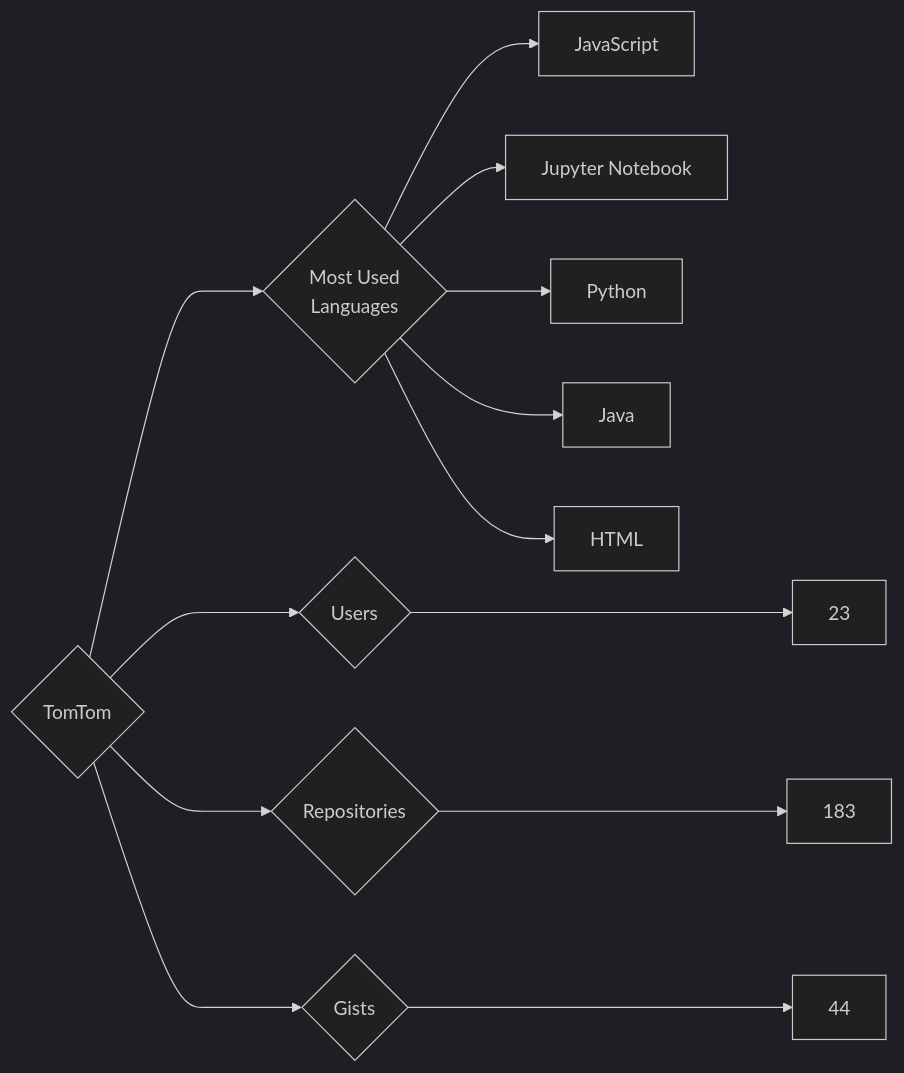
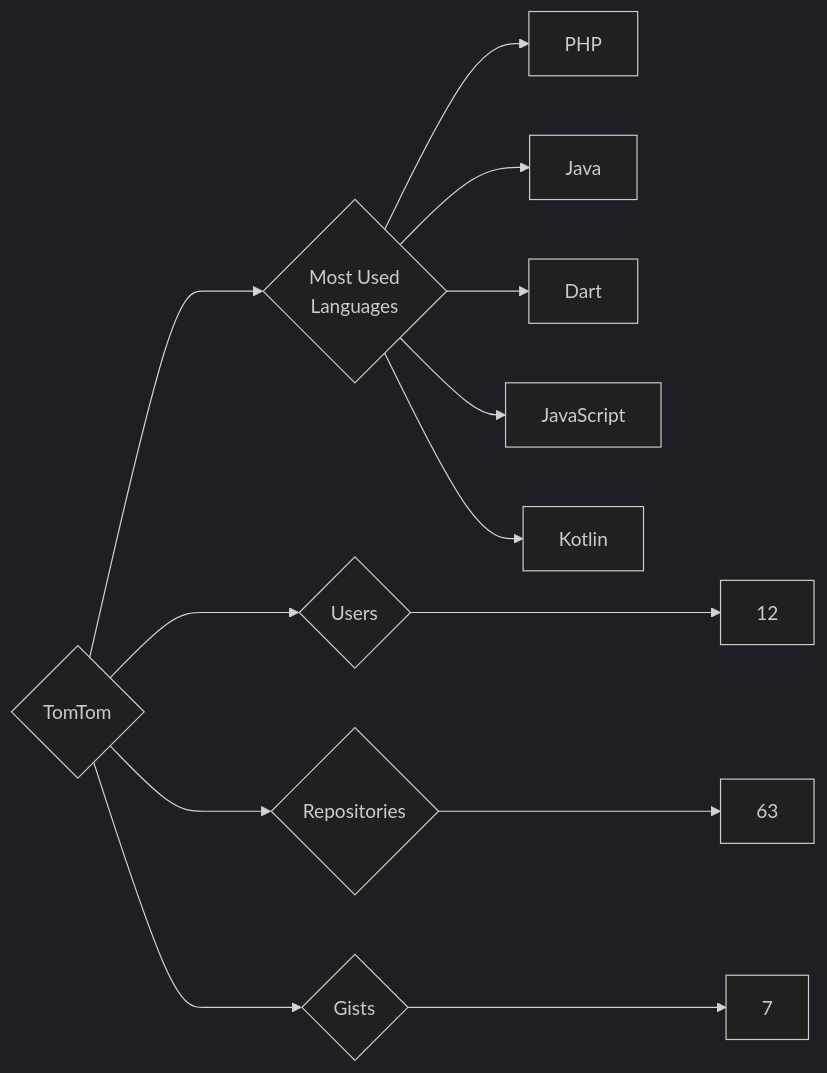
Before and after one commit to trickest/insiders: the diagram in targets/TomTom/README.md, drawn with Mermaid (dark theme). The commit also changed 953 other files, not shown here.

````diff
--- a/targets/TomTom/README.md
+++ b/targets/TomTom/README.md
@@ -3,13 +3,13 @@
 ```mermaid
 graph LR
 COMPANY_NAME{TomTom}
-COMPANY_NAME ---> U{Users} ---> UN[23]
-COMPANY_NAME ---> R{Repositories} ---> RN[183]
-COMPANY_NAME ---> G{Gists} ---> GN[44]
+COMPANY_NAME ---> U{Users} ---> UN[12]
+COMPANY_NAME ---> R{Repositories} ---> RN[63]
+COMPANY_NAME ---> G{Gists} ---> GN[7]
 COMPANY_NAME ---> ML{Most Used<br>Languages}
+ML --> PHP[PHP]
+ML --> Java[Java]
+ML --> Dart[Dart]
 ML --> JavaScript[JavaScript]
-ML --> Jupyter_Notebook[Jupyter Notebook]
-ML --> Python[Python]
-ML --> Java[Java]
-ML --> HTML[HTML]
+ML --> Kotlin[Kotlin]
 ```
````
